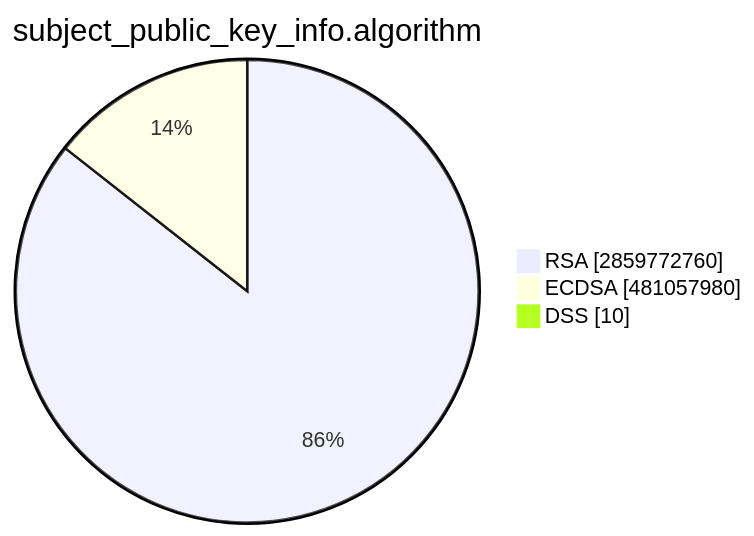
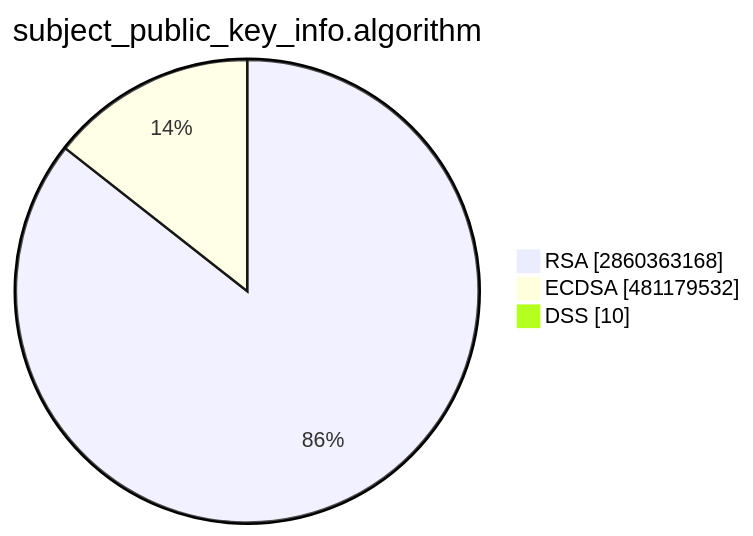
One commit to christiankrug/ctmonitor_visualization changed the second of 15 diagrams in TOTAL/README.md. Above: the diagram before and after it, drawn with Mermaid. The commit also changed other lines of this file, not shown here.

````diff
--- a/TOTAL/README.md
+++ b/TOTAL/README.md
@@ -6,7 +6,7 @@
 ```mermaid
 pie showData
 title subject_public_key_info.algorithm
-"RSA" :2859772760
-"ECDSA" :481057980
+"RSA" :2860363168
+"ECDSA" :481179532
 "DSS" :10
 ```
````
